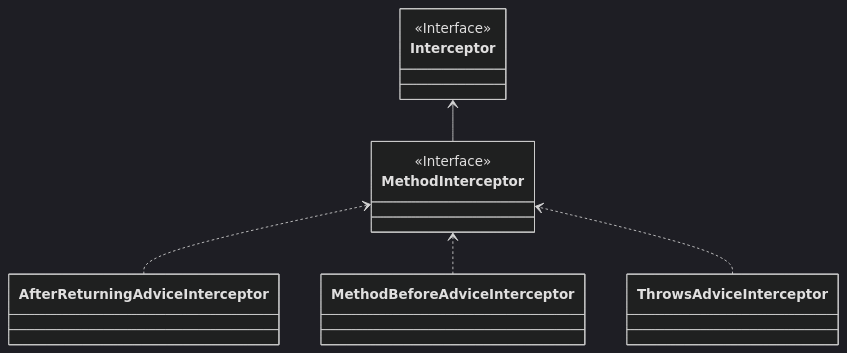
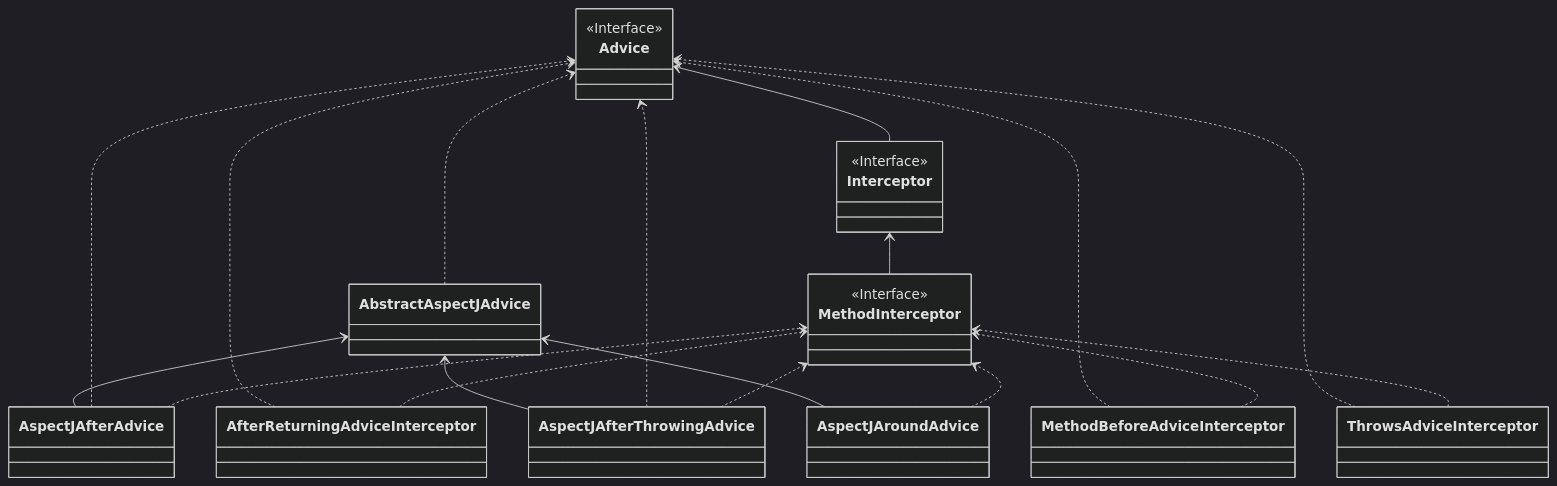
The diagram in spring-aop/spring-aop-advice-methodInterceptor/README.md (xuchengsheng/spring-reading), drawn with Mermaid (dark theme) before and after one commit. The commit also changed other lines of this file and 3 other files, not shown here.

Commit message:
AfterReturningAdvice优化

```diff
--- a/spring-aop/spring-aop-advice-methodInterceptor/README.md
+++ b/spring-aop/spring-aop-advice-methodInterceptor/README.md
@@ -70,20 +83,42 @@
 ~~~mermaid
 classDiagram
 direction BT
-class AfterReturningAdviceInterceptor
+class AbstractAspectJAdvice
+class Advice {
+<<Interface>>
+
+}
+
+class AspectJAfterAdvice
+class AspectJAfterThrowingAdvice
+class AspectJAroundAdvice
 class Interceptor {
 <<Interface>>
 
 }
 class MethodBeforeAdviceInterceptor
+class AfterReturningAdviceInterceptor
 class MethodInterceptor {
 <<Interface>>
 
 }
 class ThrowsAdviceInterceptor
 
+AbstractAspectJAdvice  ..>  Advice 
+AfterReturningAdviceInterceptor  ..>  Advice 
 AfterReturningAdviceInterceptor  ..>  MethodInterceptor 
+AspectJAfterAdvice  -->  AbstractAspectJAdvice 
+AspectJAfterAdvice  ..>  Advice 
+AspectJAfterAdvice  ..>  MethodInterceptor 
+AspectJAfterThrowingAdvice  -->  AbstractAspectJAdvice 
+AspectJAfterThrowingAdvice  ..>  Advice 
+AspectJAfterThrowingAdvice  ..>  MethodInterceptor 
+AspectJAroundAdvice  -->  AbstractAspectJAdvice 
+AspectJAroundAdvice  ..>  MethodInterceptor 
+Interceptor  -->  Advice 
+MethodBeforeAdviceInterceptor  ..>  Advice 
 MethodBeforeAdviceInterceptor  ..>  MethodInterceptor 
 MethodInterceptor  -->  Interceptor 
+ThrowsAdviceInterceptor  ..>  Advice 
 ThrowsAdviceInterceptor  ..>  MethodInterceptor 
 ~~~
```
